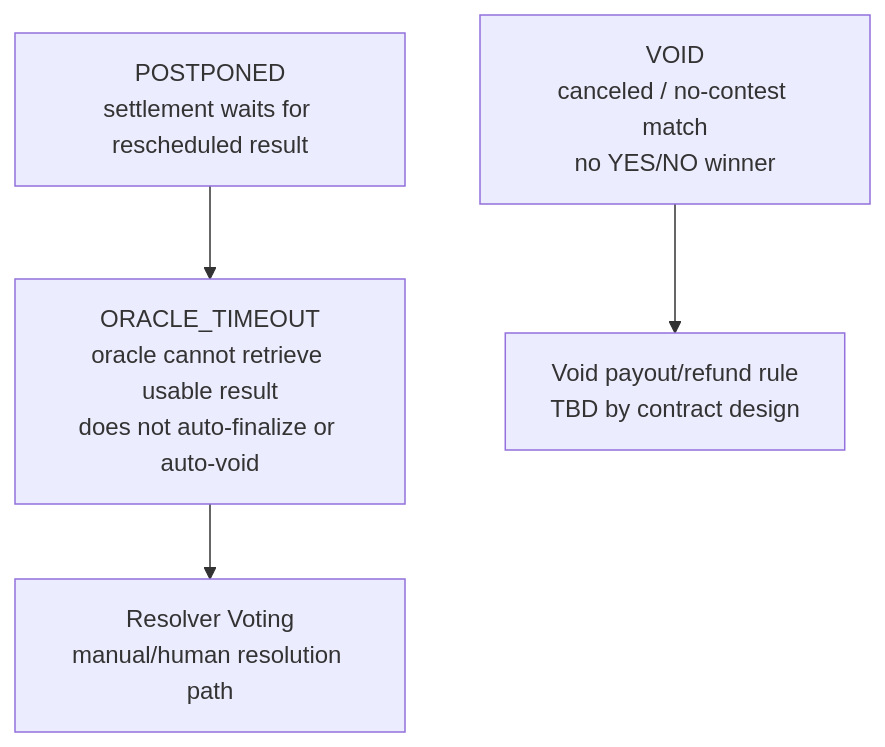
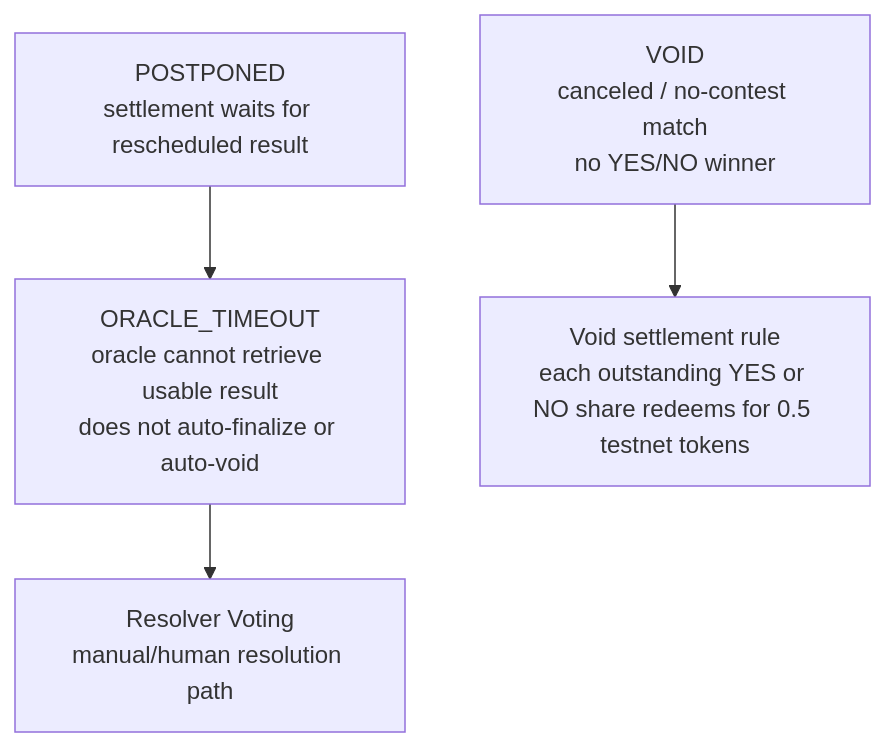
One commit to adriel-vel/AC_ON-esports-prediction-market changed the third of 3 diagrams in docs/architecture-preview.md. Above: the diagram before and after it, drawn with Mermaid.

Commit message:
docs: update VOID settlement rule

````diff
--- a/docs/architecture-preview.md
+++ b/docs/architecture-preview.md
@@ -136,12 +136,12 @@
 ```mermaid
 flowchart TB
   postponed["POSTPONED<br/>settlement waits for rescheduled result"]
   timeout["ORACLE_TIMEOUT<br/>oracle cannot retrieve usable result<br/>does not auto-finalize or auto-void"]
   resolverPath["Resolver Voting<br/>manual/human resolution path"]
   voided["VOID<br/>canceled / no-contest match<br/>no YES/NO winner"]
-  refundRule["Void payout/refund rule<br/>TBD by contract design"]
+  refundRule["Void settlement rule<br/>each outstanding YES or NO share redeems for 0.5 testnet tokens"]
 
   postponed --> timeout
   timeout --> resolverPath
   voided --> refundRule
 ```
````
